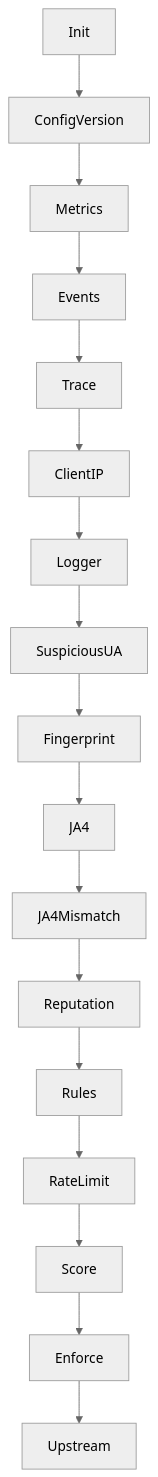
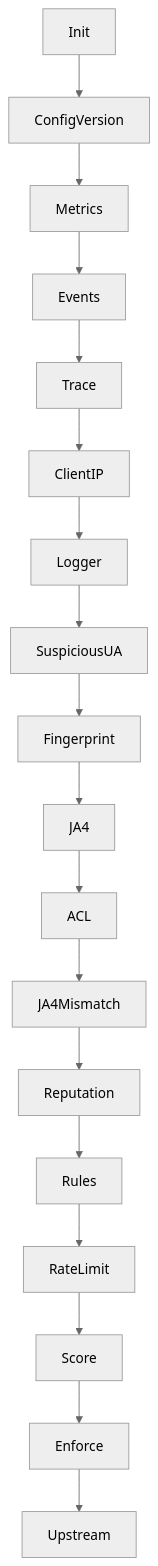
The second of 11 diagrams in README.md (fharias/guardian-scrapy), drawn with Mermaid (neutral theme) before and after one commit. The commit also changed other lines of this file and 3 other files, not shown here.

````diff
--- a/README.md
+++ b/README.md
@@ -57,5 +57,5 @@
 ```mermaid
 flowchart TD
   init[Init] --> ver[ConfigVersion] --> mets[Metrics] --> events[Events] --> trace[Trace] --> ip[ClientIP] --> logger[Logger] --> ua[SuspiciousUA]
-  ua --> fp[Fingerprint] --> ja4src[JA4] --> ja4[JA4Mismatch] --> rep[Reputation] --> rules[Rules] --> limite[RateLimit] --> score[Score] --> enforce[Enforce] --> origen[Upstream]
+  ua --> fp[Fingerprint] --> ja4src[JA4] --> acl[ACL] --> ja4[JA4Mismatch] --> rep[Reputation] --> rules[Rules] --> limite[RateLimit] --> score[Score] --> enforce[Enforce] --> origen[Upstream]
 ```
````
